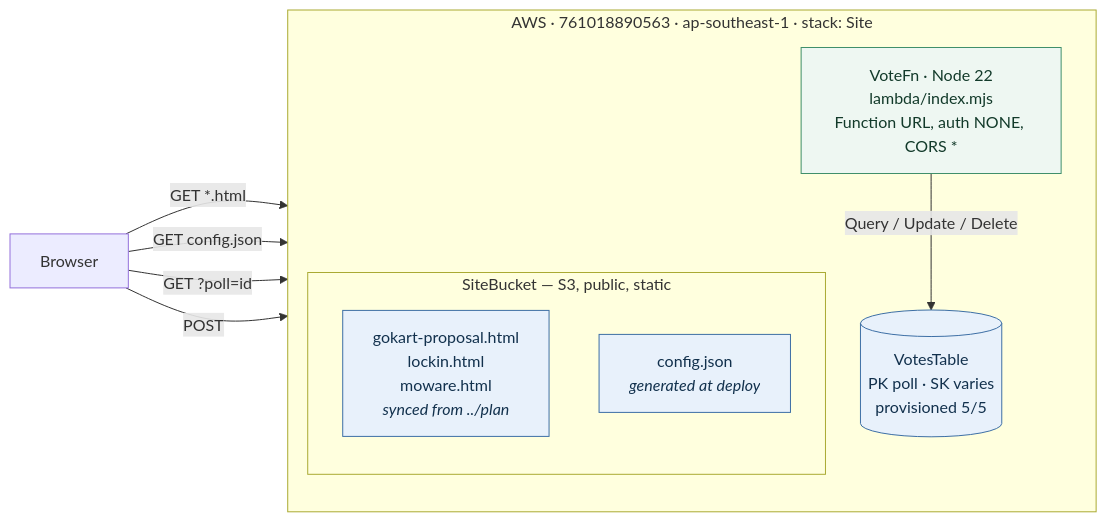
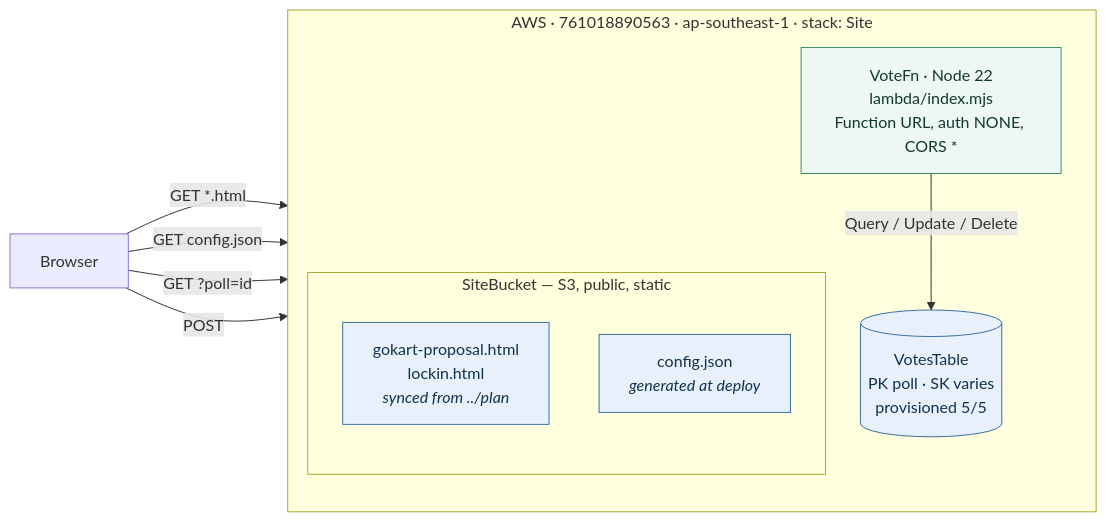
Before and after one commit to amirrhkm/flexsite: the first of 3 diagrams in cdk/ARCHITECTURE.md, drawn with Mermaid. The commit also changed other lines of this file and 2 other files, not shown here.

First line of the commit message:
docs: reflect Moware's retirement across the docs

````diff
--- a/cdk/ARCHITECTURE.md
+++ b/cdk/ARCHITECTURE.md
@@ -10,27 +13,27 @@
 ```mermaid
 flowchart LR
   browser["Browser"]
 
   subgraph aws["AWS · 761018890563 · ap-southeast-1 · stack: Site"]
     direction TB
 
     subgraph bucket["SiteBucket — S3, public, static"]
-      html["gokart-proposal.html<br/>lockin.html<br/>moware.html<br/><i>synced from ../plan</i>"]
+      html["gokart-proposal.html<br/>lockin.html<br/><i>synced from ../plan</i>"]
       cfg["config.json<br/><i>generated at deploy</i>"]
     end
 
     fn["VoteFn · Node 22<br/>lambda/index.mjs<br/>Function URL, auth NONE, CORS *"]
     ddb[("VotesTable<br/>PK poll · SK varies<br/>provisioned 5/5")]
   end
 
   browser -->|"GET *.html"| html
   browser -->|"GET config.json"| cfg
   browser -->|"GET ?poll=id"| fn
   browser -->|"POST"| fn
   fn -->|"Query / Update / Delete"| ddb
 
   classDef store fill:#e8f1fb,stroke:#3d6fa5,color:#12314d
   classDef comp fill:#eef7f2,stroke:#3f8f6b,color:#123a2a
   class html,cfg,ddb store
   class fn comp
 ```
````
